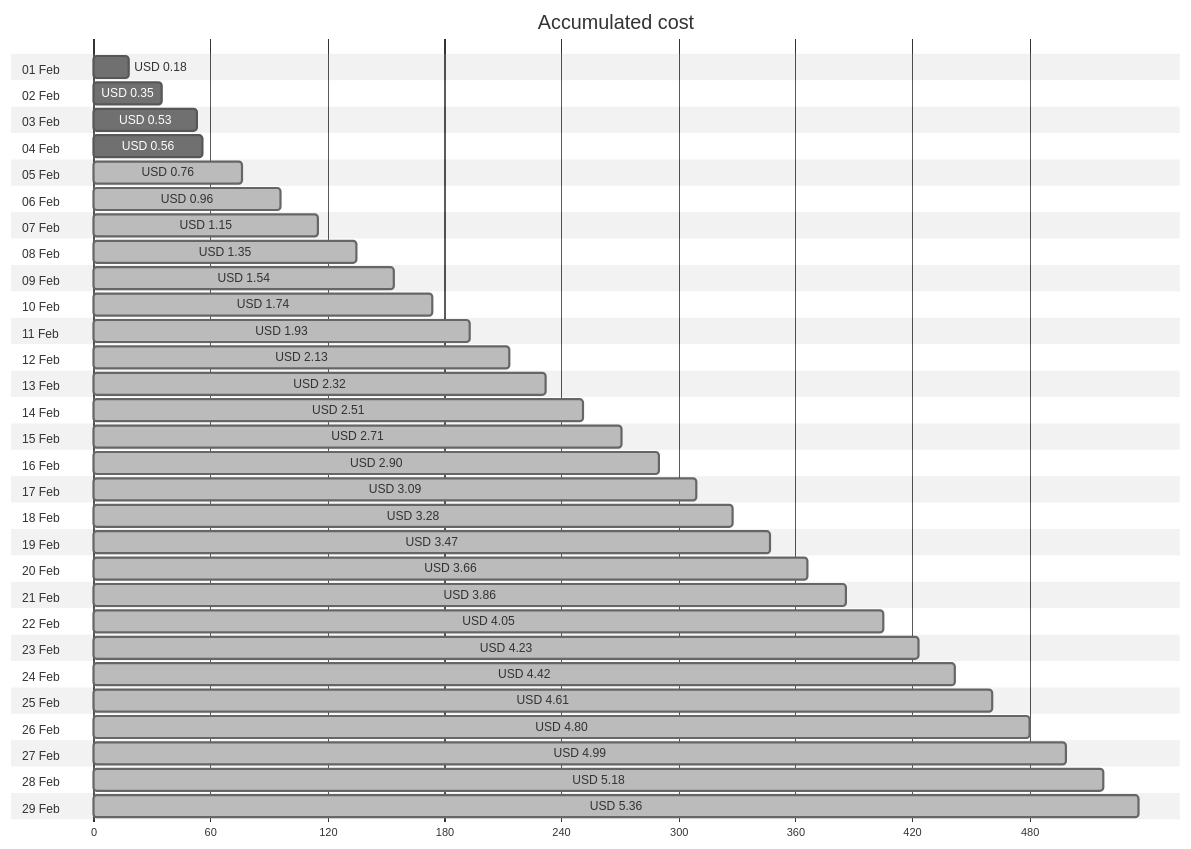
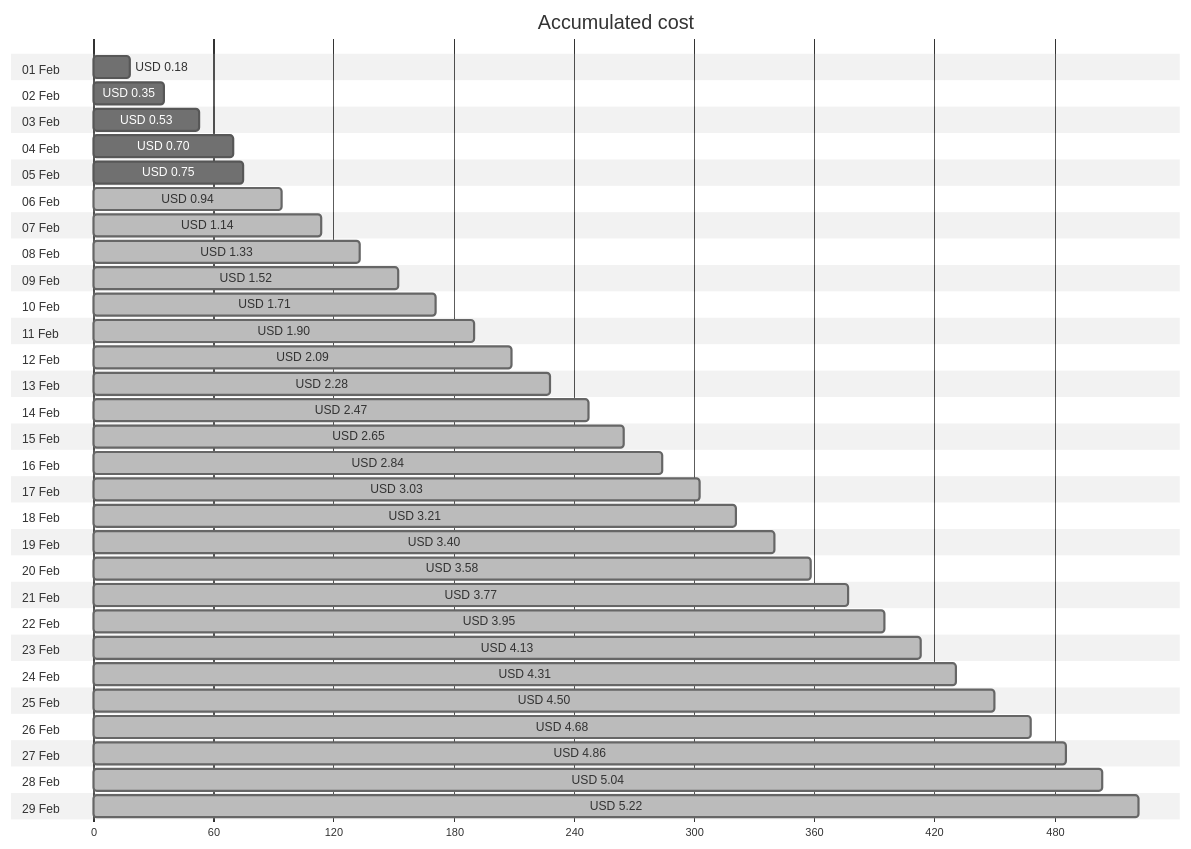
One commit to jpfulton/azure-personal-reports changed the first of 4 diagrams in cost-reports/personal-network/backup-server.md. Above: the diagram before and after it, drawn with Mermaid (neutral theme). The commit also changed other lines of this file and 8 other files, not shown here.

````diff
--- a/cost-reports/personal-network/backup-server.md
+++ b/cost-reports/personal-network/backup-server.md
@@ -20,64 +20,64 @@
 ```mermaid
 gantt
    title Accumulated cost
    dateFormat  X
    axisFormat %s
    section 01 Feb
    USD 0.18 :0, 18
    section 02 Feb
    USD 0.35 :0, 35
    section 03 Feb
    USD 0.53 :0, 53
    section 04 Feb
-   USD 0.56 :0, 56
+   USD 0.70 :0, 70
    section 05 Feb
-   USD 0.76 : done, 0, 76
+   USD 0.75 :0, 75
    section 06 Feb
-   USD 0.96 : done, 0, 96
+   USD 0.94 : done, 0, 94
    section 07 Feb
-   USD 1.15 : done, 0, 115
+   USD 1.14 : done, 0, 114
    section 08 Feb
-   USD 1.35 : done, 0, 135
+   USD 1.33 : done, 0, 133
    section 09 Feb
-   USD 1.54 : done, 0, 154
+   USD 1.52 : done, 0, 152
    section 10 Feb
-   USD 1.74 : done, 0, 174
+   USD 1.71 : done, 0, 171
    section 11 Feb
-   USD 1.93 : done, 0, 193
+   USD 1.90 : done, 0, 190
    section 12 Feb
-   USD 2.13 : done, 0, 213
+   USD 2.09 : done, 0, 209
    section 13 Feb
-   USD 2.32 : done, 0, 232
+   USD 2.28 : done, 0, 228
    section 14 Feb
-   USD 2.51 : done, 0, 251
+   USD 2.47 : done, 0, 247
    section 15 Feb
-   USD 2.71 : done, 0, 271
+   USD 2.65 : done, 0, 265
    section 16 Feb
-   USD 2.90 : done, 0, 290
+   USD 2.84 : done, 0, 284
    section 17 Feb
-   USD 3.09 : done, 0, 309
+   USD 3.03 : done, 0, 303
    section 18 Feb
-   USD 3.28 : done, 0, 328
+   USD 3.21 : done, 0, 321
    section 19 Feb
-   USD 3.47 : done, 0, 347
+   USD 3.40 : done, 0, 340
    section 20 Feb
-   USD 3.66 : done, 0, 366
+   USD 3.58 : done, 0, 358
    section 21 Feb
-   USD 3.86 : done, 0, 386
+   USD 3.77 : done, 0, 377
    section 22 Feb
-   USD 4.05 : done, 0, 405
+   USD 3.95 : done, 0, 395
    section 23 Feb
-   USD 4.23 : done, 0, 423
+   USD 4.13 : done, 0, 413
    section 24 Feb
-   USD 4.42 : done, 0, 442
+   USD 4.31 : done, 0, 431
    section 25 Feb
-   USD 4.61 : done, 0, 461
+   USD 4.50 : done, 0, 450
    section 26 Feb
-   USD 4.80 : done, 0, 480
+   USD 4.68 : done, 0, 468
    section 27 Feb
-   USD 4.99 : done, 0, 499
+   USD 4.86 : done, 0, 486
    section 28 Feb
-   USD 5.18 : done, 0, 518
+   USD 5.04 : done, 0, 504
    section 29 Feb
-   USD 5.36 : done, 0, 536
+   USD 5.22 : done, 0, 522
 ```
````
